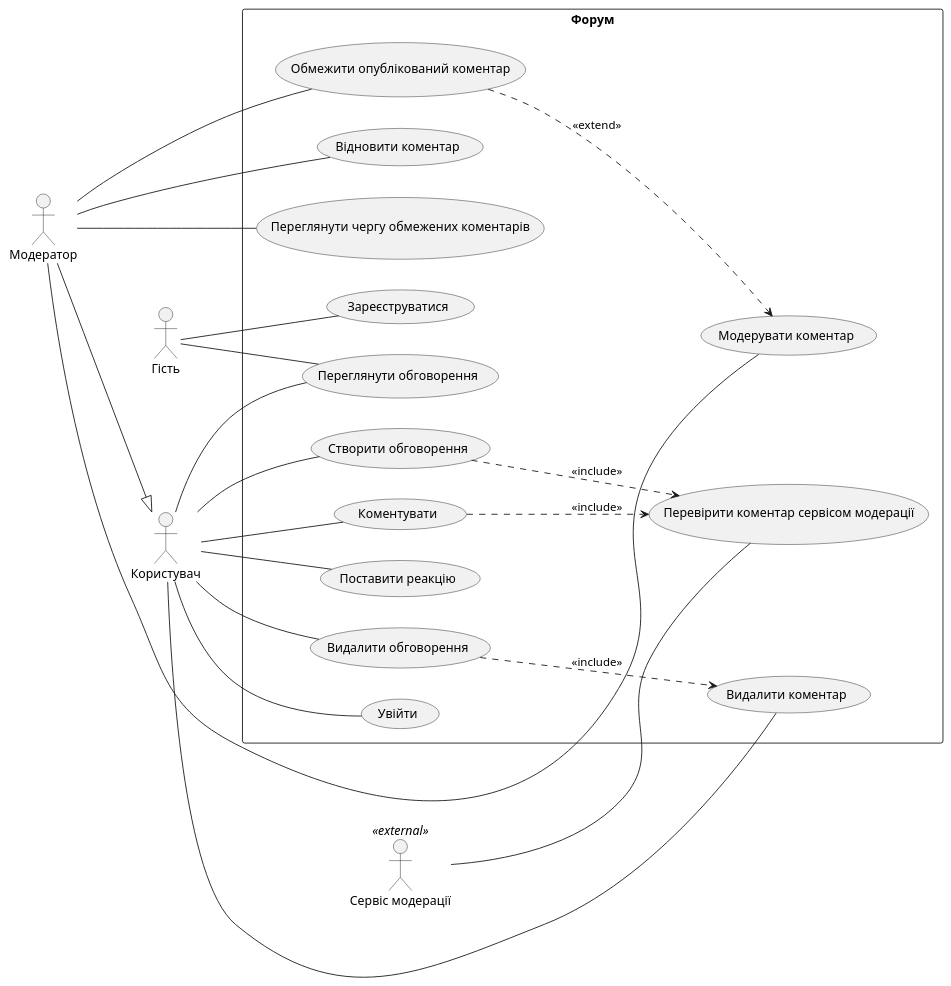
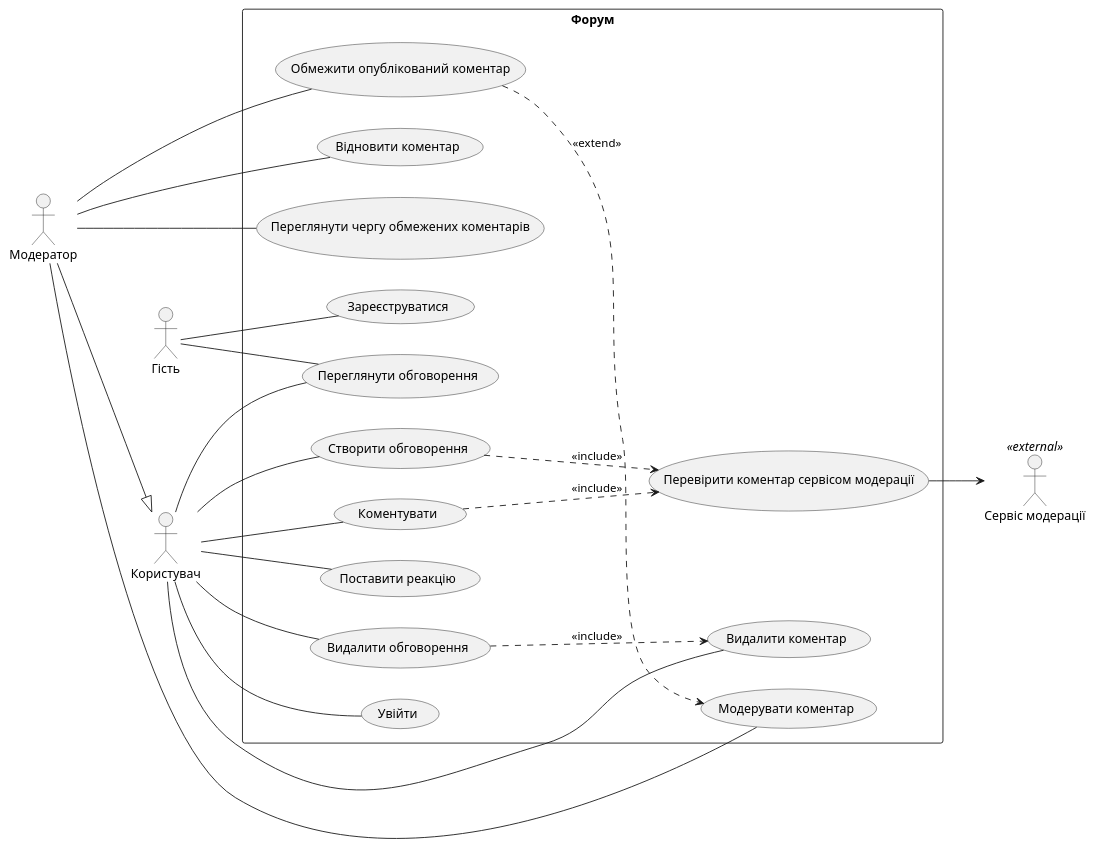
One commit to tevarindol/forum changed the diagram in lab2/usecases.puml. Above: the diagram before and after it, drawn with PlantUML. The commit also changed 1 other file, not shown here.

Commit message:
docs(lab2): model moderation service as supporting actor called by the system

```diff
--- a/lab2/usecases.puml
+++ b/lab2/usecases.puml
@@ -1,76 +1,76 @@
 @startuml
 left to right direction
 
 actor "Гість" as Guest
 actor "Користувач" as User
 actor "Модератор" as Moderator
 actor "Сервіс модерації" as ModService <<external>>
 
 Moderator --|> User
 
 rectangle "Форум" {
   ' ears: REQ-01
   usecase "Переглянути обговорення" as UC_View
 
   ' ears: REQ-02a
   usecase "Зареєструватися" as UC_Register
 
   ' ears: REQ-02b не має use case на діаграмі: відмова гостю є реакцією системи,
   ' а не дією актора. Покриття — у lab2/scenarios.md.
 
   ' ears: REQ-03
   usecase "Увійти" as UC_Login
 
   ' ears: REQ-04
   usecase "Створити обговорення" as UC_CreateDiscussion
 
   ' ears: REQ-05
   usecase "Коментувати" as UC_Comment
 
   ' ears: REQ-06
   usecase "Поставити реакцію" as UC_React
 
   ' ears: REQ-05, REQ-07a, REQ-07b, REQ-07c
   usecase "Перевірити коментар сервісом модерації" as UC_AutoCheck
 
   ' ears: REQ-08, REQ-09a, REQ-09b
   usecase "Модерувати коментар" as UC_Moderate
 
   ' ears: REQ-08
   usecase "Обмежити опублікований коментар" as UC_Restrict
 
   ' ears: REQ-09a
   usecase "Відновити коментар" as UC_Restore
 
   ' ears: REQ-09b
   usecase "Видалити коментар" as UC_DeleteComment
 
   ' ears: REQ-13
   usecase "Переглянути чергу обмежених коментарів" as UC_Queue
 
   ' ears: REQ-12. Лише автор. Видалення нульового коментаря тягне видалення обговорення.
   usecase "Видалити обговорення" as UC_DeleteDiscussion
 
   UC_CreateDiscussion ..> UC_AutoCheck : <<include>>
   UC_Comment ..> UC_AutoCheck : <<include>>
 
   UC_Restrict ..> UC_Moderate : <<extend>>
   UC_DeleteDiscussion ..> UC_DeleteComment : <<include>>
 }
 
 Guest -- UC_View
 Guest -- UC_Register
 User -- UC_View
 User -- UC_Login
 User -- UC_CreateDiscussion
 User -- UC_Comment
 User -- UC_React
 User -- UC_DeleteComment
 User -- UC_DeleteDiscussion
 Moderator -- UC_Moderate
 Moderator -- UC_Restrict
 Moderator -- UC_Restore
 Moderator -- UC_Queue
-ModService -- UC_AutoCheck
+UC_AutoCheck --> ModService
 
 @enduml
```
